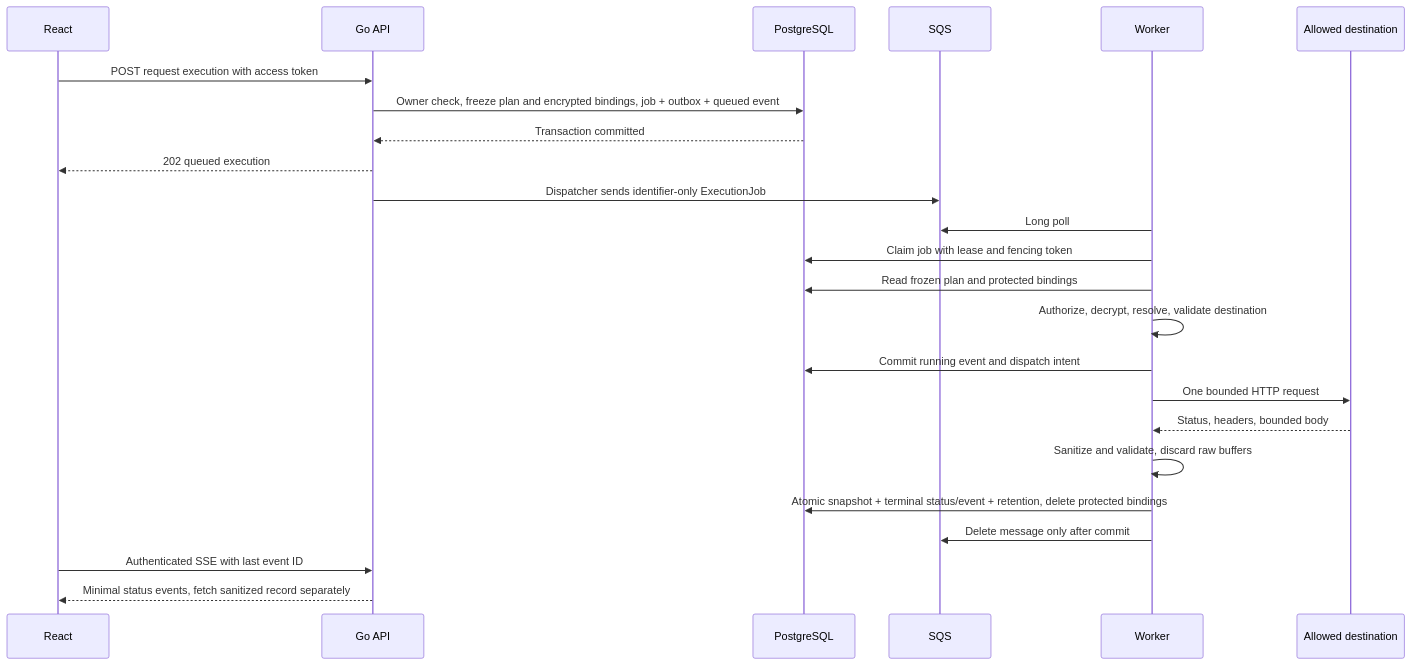
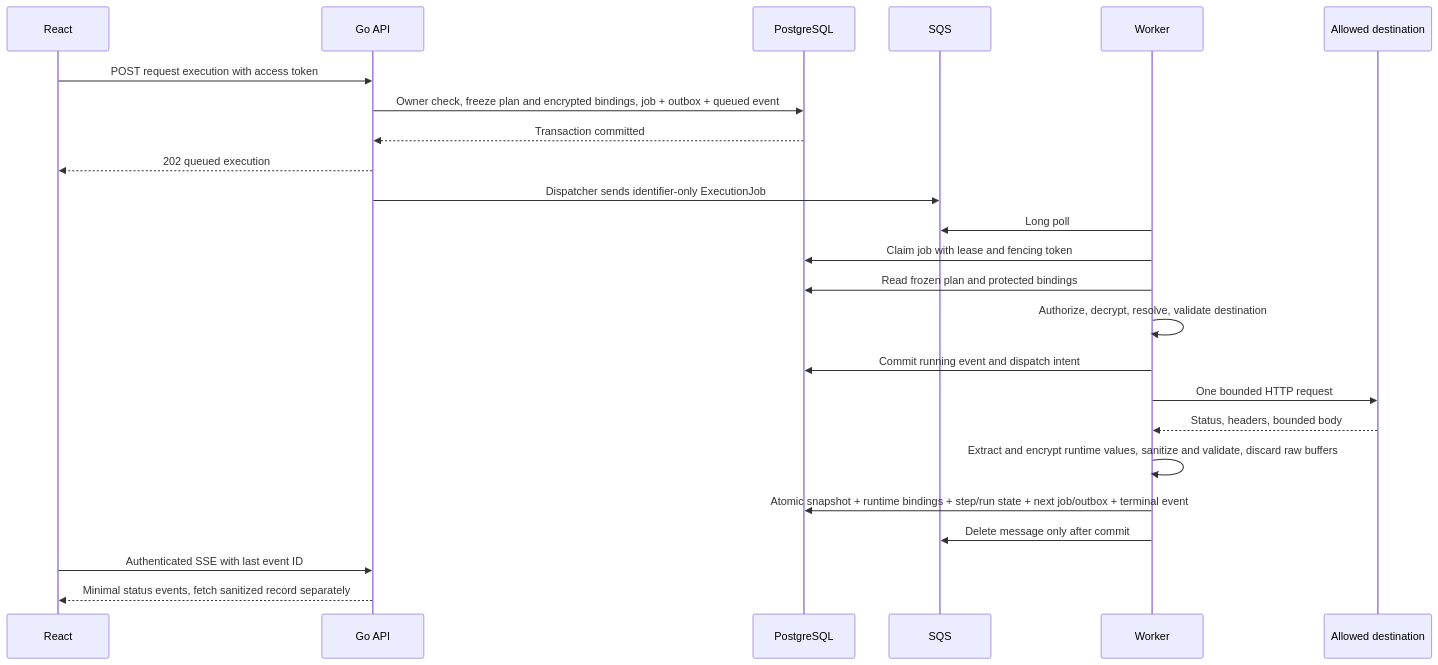
One commit to VioletProto/Kurier changed the second of 2 diagrams in docs/architecture/w1-system-design.md. Above: the diagram before and after it, drawn with Mermaid. The commit also changed other lines of this file and 2 other files, not shown here.

````diff
--- a/docs/architecture/w1-system-design.md
+++ b/docs/architecture/w1-system-design.md
@@ -193,26 +212,26 @@
 ```mermaid
 sequenceDiagram
   participant UI as React
   participant API as Go API
   participant DB as PostgreSQL
   participant Q as SQS
   participant W as Worker
   participant T as Allowed destination
   UI->>API: POST request execution with access token
   API->>DB: Owner check, freeze plan and encrypted bindings, job + outbox + queued event
   DB-->>API: Transaction committed
   API-->>UI: 202 queued execution
   API->>Q: Dispatcher sends identifier-only ExecutionJob
   W->>Q: Long poll
   W->>DB: Claim job with lease and fencing token
   W->>DB: Read frozen plan and protected bindings
   W->>W: Authorize, decrypt, resolve, validate destination
   W->>DB: Commit running event and dispatch intent
   W->>T: One bounded HTTP request
   T-->>W: Status, headers, bounded body
-  W->>W: Sanitize and validate, discard raw buffers
-  W->>DB: Atomic snapshot + terminal status/event + retention, delete protected bindings
+  W->>W: Extract and encrypt runtime values, sanitize and validate, discard raw buffers
+  W->>DB: Atomic snapshot + runtime bindings + step/run state + next job/outbox + terminal event
   W->>Q: Delete message only after commit
   UI->>API: Authenticated SSE with last event ID
   API-->>UI: Minimal status events, fetch sanitized record separately
 ```
````
